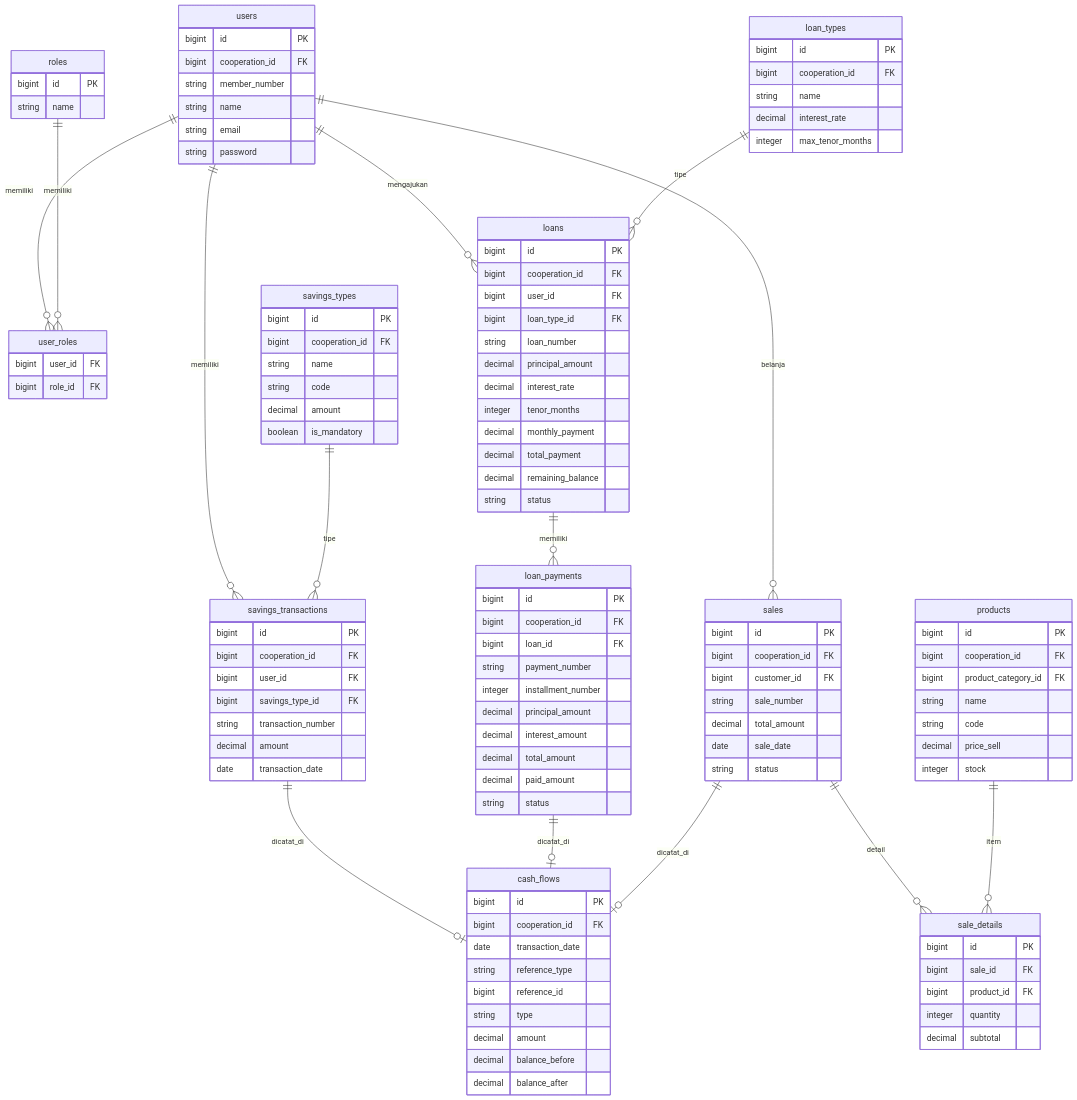
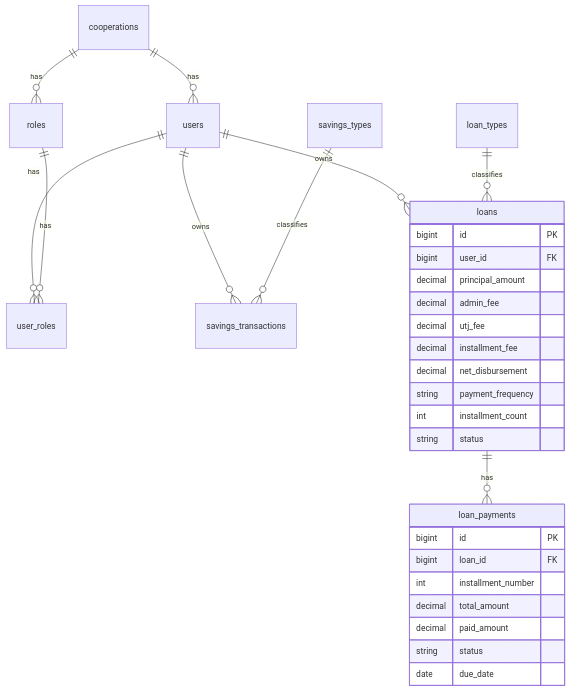
The second of 5 diagrams in BAB_4_HASIL_DAN_PEMBAHASAN.md (adrianakbar/karya_tantri_abadi), drawn with Mermaid before and after one commit. The commit also changed other lines of this file and 4 other files, not shown here.

````diff
--- a/BAB_4_HASIL_DAN_PEMBAHASAN.md
+++ b/BAB_4_HASIL_DAN_PEMBAHASAN.md
@@ -80,119 +103,34 @@
 ```mermaid
 erDiagram
-    users {
-        bigint id PK
-        bigint cooperation_id FK
-        string member_number
-        string name
-        string email
-        string password
-    }
-    roles {
-        bigint id PK
-        string name
-    }
-    user_roles {
-        bigint user_id FK
-        bigint role_id FK
-    }
-    savings_transactions {
-        bigint id PK
-        bigint cooperation_id FK
-        bigint user_id FK
-        bigint savings_type_id FK
-        string transaction_number
-        decimal amount
-        date transaction_date
-    }
-    savings_types {
-        bigint id PK
-        bigint cooperation_id FK
-        string name
-        string code
-        decimal amount
-        boolean is_mandatory
-    }
+    cooperations ||--o{ users : has
+    cooperations ||--o{ roles : has
+    users ||--o{ user_roles : has
+    roles ||--o{ user_roles : has
+    users ||--o{ savings_transactions : owns
+    savings_types ||--o{ savings_transactions : classifies
+    users ||--o{ loans : owns
+    loan_types ||--o{ loans : classifies
+    loans ||--o{ loan_payments : has
+
     loans {
         bigint id PK
-        bigint cooperation_id FK
         bigint user_id FK
-        bigint loan_type_id FK
-        string loan_number
         decimal principal_amount
-        decimal interest_rate
-        integer tenor_months
-        decimal monthly_payment
-        decimal total_payment
-        decimal remaining_balance
+        decimal admin_fee
+        decimal utj_fee
+        decimal installment_fee
+        decimal net_disbursement
+        string payment_frequency
+        int installment_count
         string status
-    }
-    loan_types {
-        bigint id PK
-        bigint cooperation_id FK
-        string name
-        decimal interest_rate
-        integer max_tenor_months
     }
     loan_payments {
         bigint id PK
-        bigint cooperation_id FK
         bigint loan_id FK
-        string payment_number
-        integer installment_number
-        decimal principal_amount
-        decimal interest_amount
+        int installment_number
         decimal total_amount
         decimal paid_amount
         string status
+        date due_date
     }
-    cash_flows {
-        bigint id PK
-        bigint cooperation_id FK
-        date transaction_date
-        string reference_type
-        bigint reference_id
-        string type
-        decimal amount
-        decimal balance_before
-        decimal balance_after
-    }
-    products {
-        bigint id PK
-        bigint cooperation_id FK
-        bigint product_category_id FK
-        string name
-        string code
-        decimal price_sell
-        integer stock
-    }
-    sales {
-        bigint id PK
-        bigint cooperation_id FK
-        bigint customer_id FK
-        string sale_number
-        decimal total_amount
-        date sale_date
-        string status
-    }
-    sale_details {
-        bigint id PK
-        bigint sale_id FK
-        bigint product_id FK
-        integer quantity
-        decimal subtotal
-    }
-
-    users ||--o{ user_roles : "memiliki"
-    roles ||--o{ user_roles : "memiliki"
-    users ||--o{ savings_transactions : "memiliki"
-    savings_types ||--o{ savings_transactions : "tipe"
-    users ||--o{ loans : "mengajukan"
-    loan_types ||--o{ loans : "tipe"
-    loans ||--o{ loan_payments : "memiliki"
-    users ||--o{ sales : "belanja"
-    sales ||--o{ sale_details : "detail"
-    products ||--o{ sale_details : "item"
-    savings_transactions ||--o| cash_flows : "dicatat_di"
-    loan_payments ||--o| cash_flows : "dicatat_di"
-    sales ||--o| cash_flows : "dicatat_di"
 ```
````
